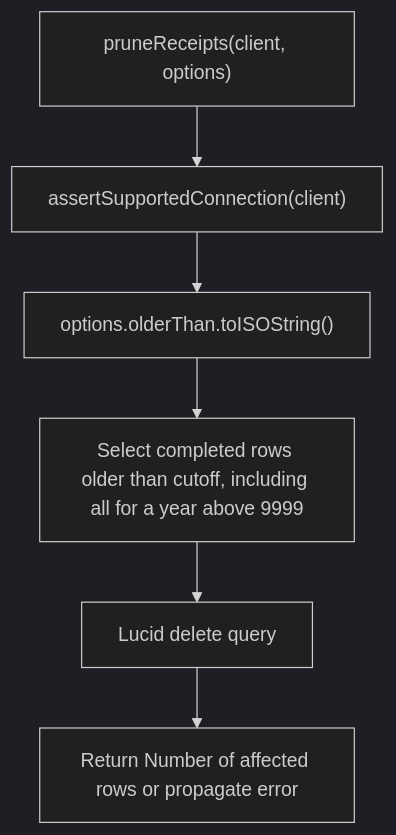
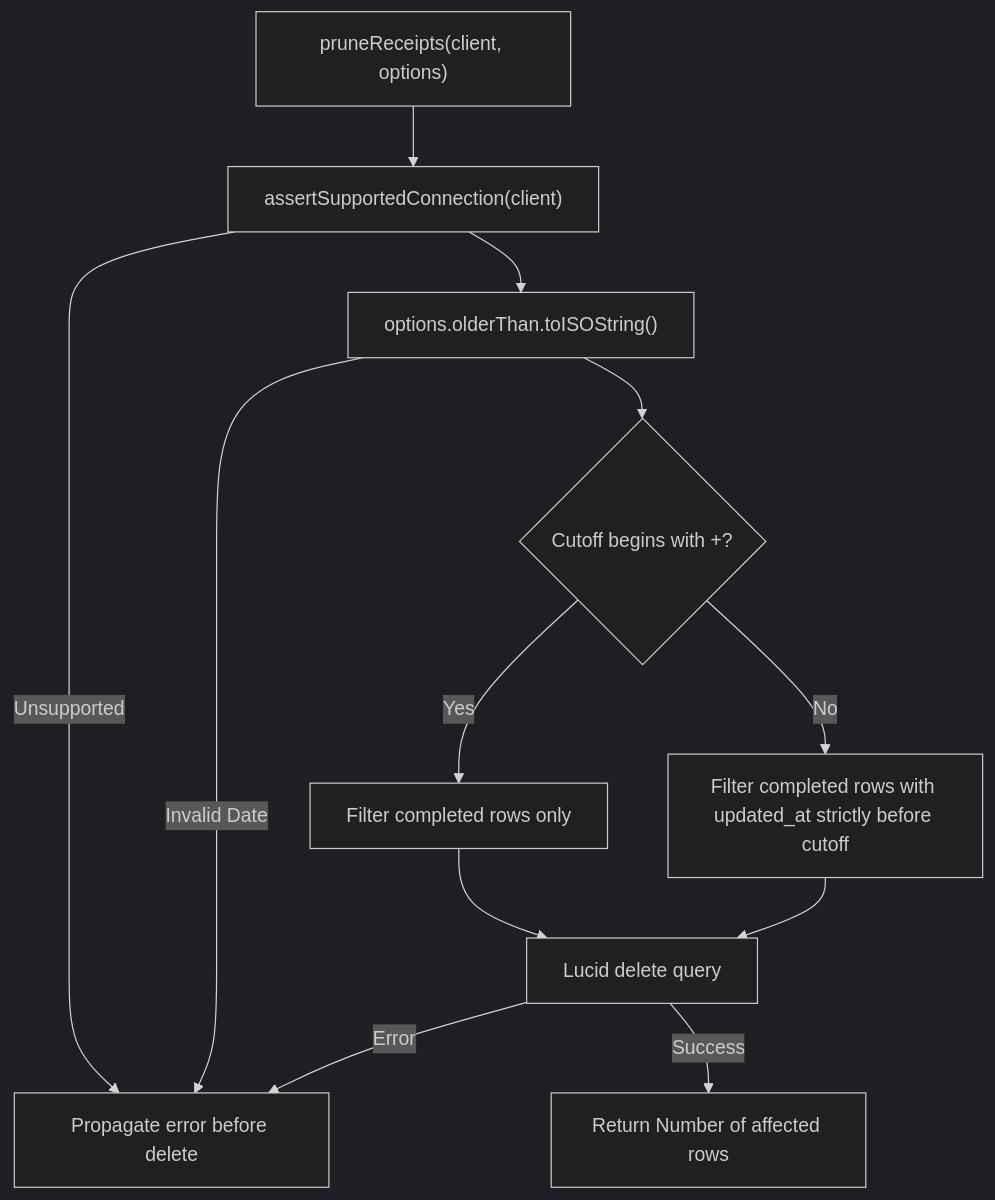
Before and after one commit to Kevinjohn/oss-adonisjs-duplicate-request-guard: the second of 2 diagrams in user-stories/US-GUARD-05-prune-receipts.md, drawn with Mermaid (dark theme). The commit also changed other lines of this file and 8 other files, not shown here.

Commit message:
docs: verify user story paths and Mermaid flows against implementation

````diff
--- a/user-stories/US-GUARD-05-prune-receipts.md
+++ b/user-stories/US-GUARD-05-prune-receipts.md
@@ -34,8 +34,14 @@
 ```mermaid
 flowchart TD
     A["pruneReceipts(client, options)"] --> B["assertSupportedConnection(client)"]
+    B -->|Unsupported| X["Propagate error before delete"]
     B --> C["options.olderThan.toISOString()"]
-    C --> D["Select completed rows older than cutoff, including all for a year above 9999"]
+    C -->|Invalid Date| X
+    C --> V{"Cutoff begins with +?"}
+    V -->|Yes| P["Filter completed rows only"]
+    V -->|No| D["Filter completed rows with updated_at strictly before cutoff"]
+    P --> E
     D --> E["Lucid delete query"]
-    E --> F["Return Number of affected rows or propagate error"]
+    E -->|Success| F["Return Number of affected rows"]
+    E -->|Error| X
 ```
````
